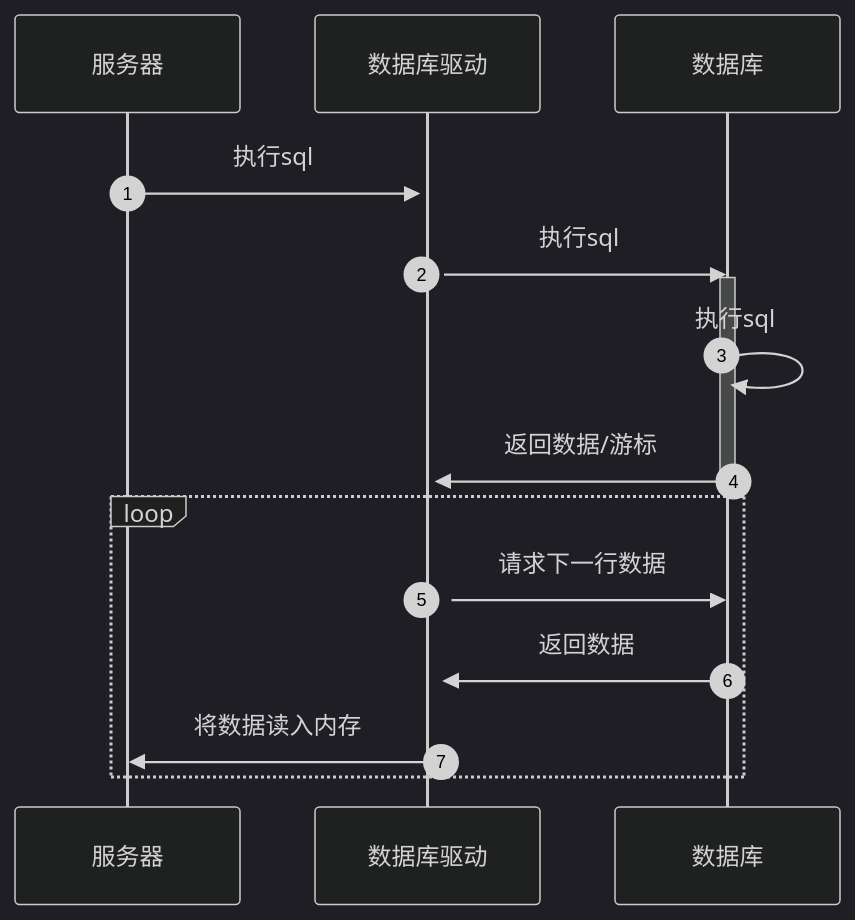
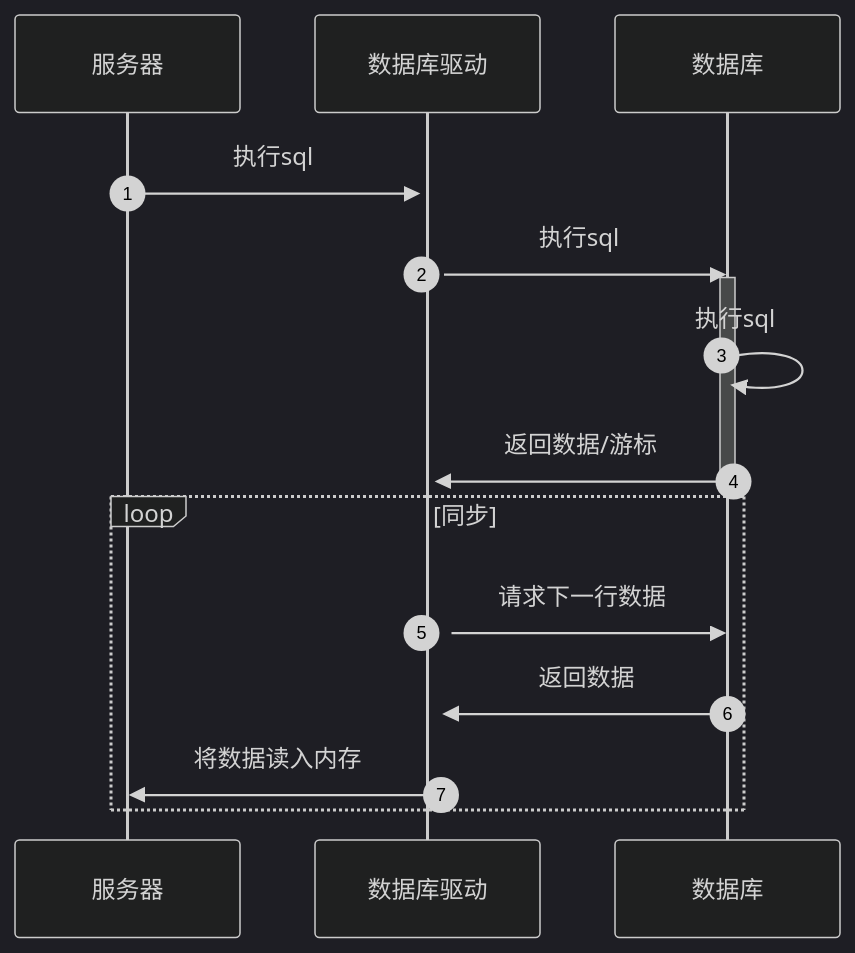
Before and after one commit to HY-10-8/iodraw-files: the diagram in all/AI-服务查询数据.md, drawn with Mermaid (dark theme).

Commit message:
2025-11-27 17:44:53 update

````diff
--- a/all/AI-服务查询数据.md
+++ b/all/AI-服务查询数据.md
@@ -1,19 +1,19 @@
 ```mermaid
 sequenceDiagram
     autonumber
     服务器->>+数据库驱动: 执行sql
     数据库驱动->>数据库:执行sql
 
     activate 数据库
     数据库->>数据库: 执行sql
     数据库->>+数据库驱动: 返回数据/游标
     deactivate 数据库
 
-    loop 
+    loop 同步
         数据库驱动->>数据库: 请求下一行数据
         数据库->>数据库驱动: 返回数据
         数据库驱动->>服务器: 将数据读入内存
     end
 
-    
+
 ```
````
